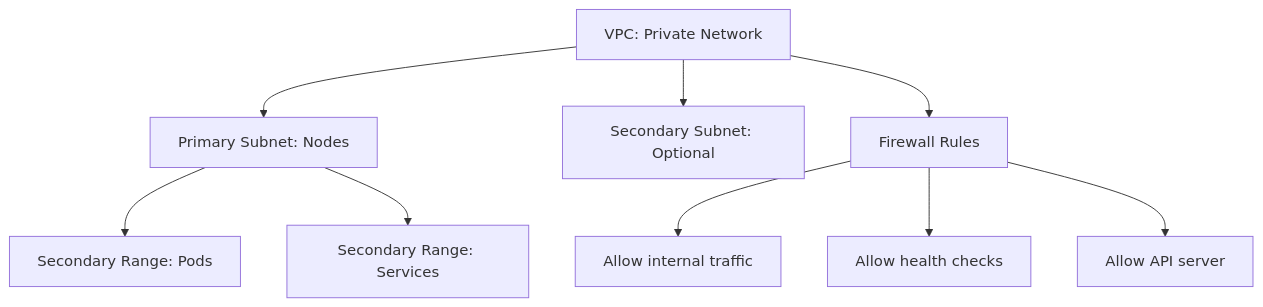
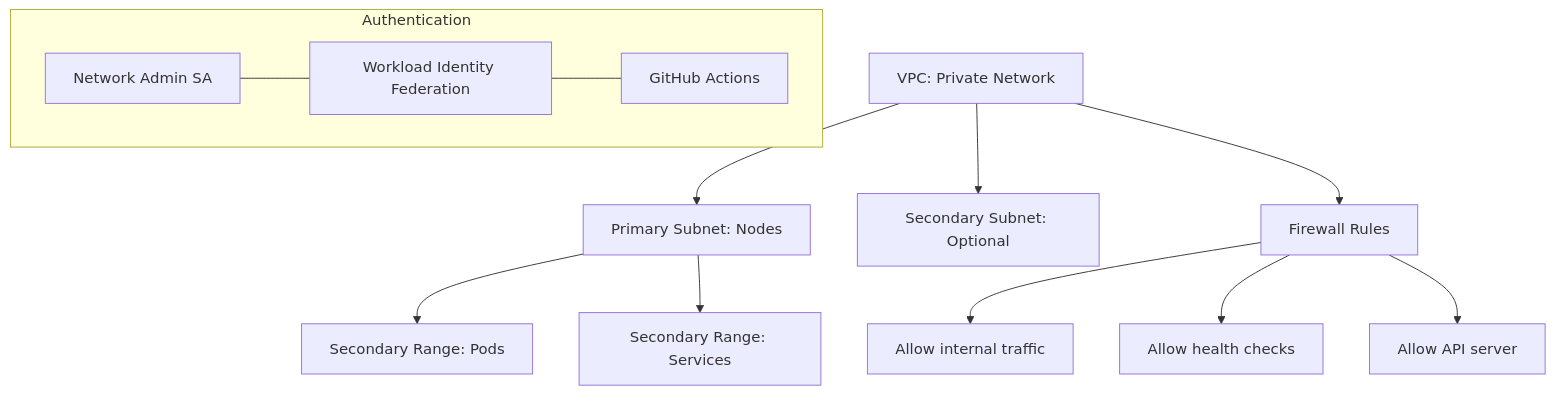
Before and after one commit to carroll-tech/data-project-example: the diagram in infrastructure/networking/README.md, drawn with Mermaid. The commit also changed other lines of this file and 5 other files, not shown here.

Commit message:
feat(infra): add workload identity federation for github actions

````diff
--- a/infrastructure/networking/README.md
+++ b/infrastructure/networking/README.md
@@ -14,11 +16,16 @@
 ```mermaid
 graph TD
     VPC[VPC: Private Network] --> Subnet1[Primary Subnet: Nodes]
     VPC --> Subnet2[Secondary Subnet: Optional]
     Subnet1 --> SecRange1[Secondary Range: Pods]
     Subnet1 --> SecRange2[Secondary Range: Services]
     VPC --> FW[Firewall Rules]
     FW --> FW1[Allow internal traffic]
     FW --> FW2[Allow health checks]
     FW --> FW3[Allow API server]
+    
+    subgraph Auth[Authentication]
+    SA[Network Admin SA] --- WIF[Workload Identity Federation]
+    WIF --- GHA[GitHub Actions]
+    end
 ```
````
